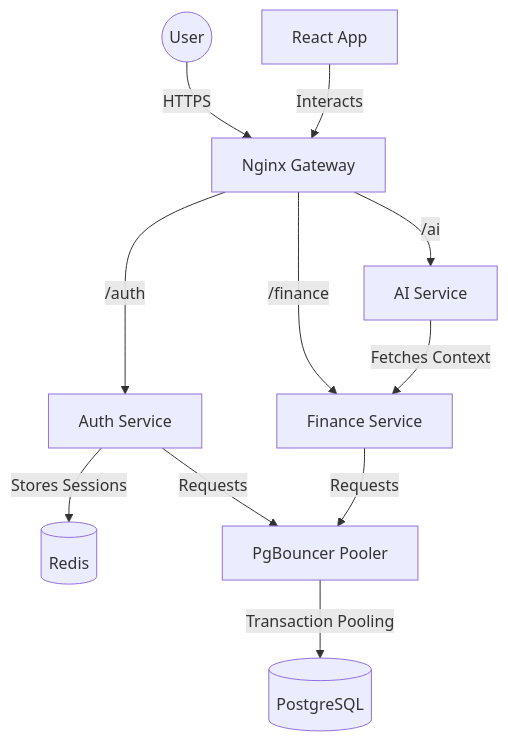
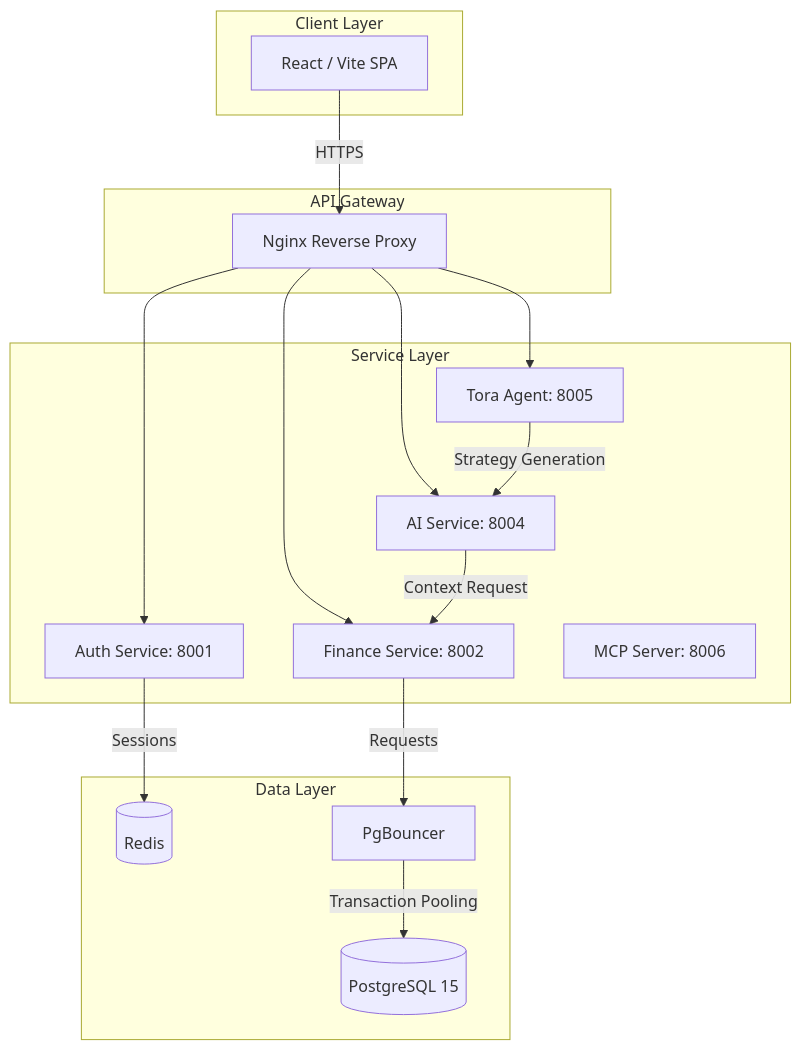
One commit to Roonie76/Spendsy changed the diagram in docs/ARCHITECTURE.md. Above: the diagram before and after it, drawn with Mermaid. The commit also changed other lines of this file and 129 other files, not shown here.

Commit message:
docs: consolidate platform docs, integrate TORA 2.0 instruction files, and fix transaction blindness context

````diff
--- a/docs/ARCHITECTURE.md
+++ b/docs/ARCHITECTURE.md
@@ -9,16 +12,36 @@
 ```mermaid
 graph TD
-    User((User)) -->|HTTPS| Nginx[Nginx Gateway]
-    Nginx -->|/auth| Auth[Auth Service]
-    Nginx -->|/finance| Finance[Finance Service]
-    Nginx -->|/ai| AI[AI Service]
+    subgraph Client Layer
+        Web[React / Vite SPA]
+    end
+
+    subgraph API Gateway
+        Nginx[Nginx Reverse Proxy]
+    end
+
+    subgraph Service Layer
+        Auth[Auth Service: 8001]
+        Finance[Finance Service: 8002]
+        AI[AI Service: 8004]
+        Tora[Tora Agent: 8005]
+        MCP[MCP Server: 8006]
+    end
+
+    subgraph Data Layer
+        DB[(PostgreSQL 15)]
+        Cache[(Redis)]
+        Bouncer[PgBouncer]
+    end
+
+    Web -->|HTTPS| Nginx
+    Nginx --> Auth
+    Nginx --> Finance
+    Nginx --> AI
+    Nginx --> Tora
     
-    Auth -->|Stores Sessions| Redis[(Redis)]
-    AI -->|Fetches Context| Finance
-    
-    Auth -->|Requests| PgBouncer[PgBouncer Pooler]
-    Finance -->|Requests| PgBouncer
-    PgBouncer -->|Transaction Pooling| DB[(PostgreSQL)]
-    
-    Frontend[React App] -->|Interacts| Nginx
+    AI -->|Context Request| Finance
+    Tora -->|Strategy Generation| AI
+    Finance -->|Requests| Bouncer
+    Bouncer -->|Transaction Pooling| DB
+    Auth -->|Sessions| Cache
 ```
````
